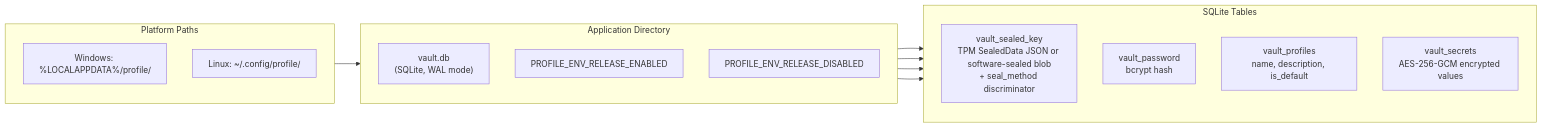
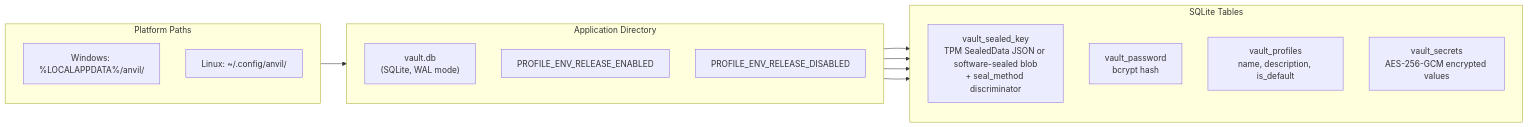
Before and after one commit to inovacc/anvil: diagram 13 of 15 in docs/ARCHITECTURE.md, drawn with Mermaid. The commit also changed other lines of this file and 29 other files, not shown here.

First line of the commit message:
refactor: rename project from profile to anvil

````diff
--- a/docs/ARCHITECTURE.md
+++ b/docs/ARCHITECTURE.md
@@ -507,29 +507,29 @@
 ```mermaid
 graph LR
     subgraph AppDir["Application Directory"]
         direction TB
         DB["vault.db<br/>(SQLite, WAL mode)"]
         EN["PROFILE_ENV_RELEASE_ENABLED"]
         DIS["PROFILE_ENV_RELEASE_DISABLED"]
     end
 
     subgraph Tables["SQLite Tables"]
         direction TB
         SK["vault_sealed_key<br/>TPM SealedData JSON or software-sealed blob<br/>+ seal_method discriminator"]
         PW["vault_password<br/>bcrypt hash"]
         PR["vault_profiles<br/>name, description, is_default"]
         SE["vault_secrets<br/>AES-256-GCM encrypted values"]
     end
 
     DB --> SK
     DB --> PW
     DB --> PR
     DB --> SE
 
     subgraph Paths["Platform Paths"]
-        Win["Windows: %LOCALAPPDATA%/profile/"]
-        Lin["Linux: ~/.config/profile/"]
+        Win["Windows: %LOCALAPPDATA%/anvil/"]
+        Lin["Linux: ~/.config/anvil/"]
     end
 
     Paths --> AppDir
 ```
````
